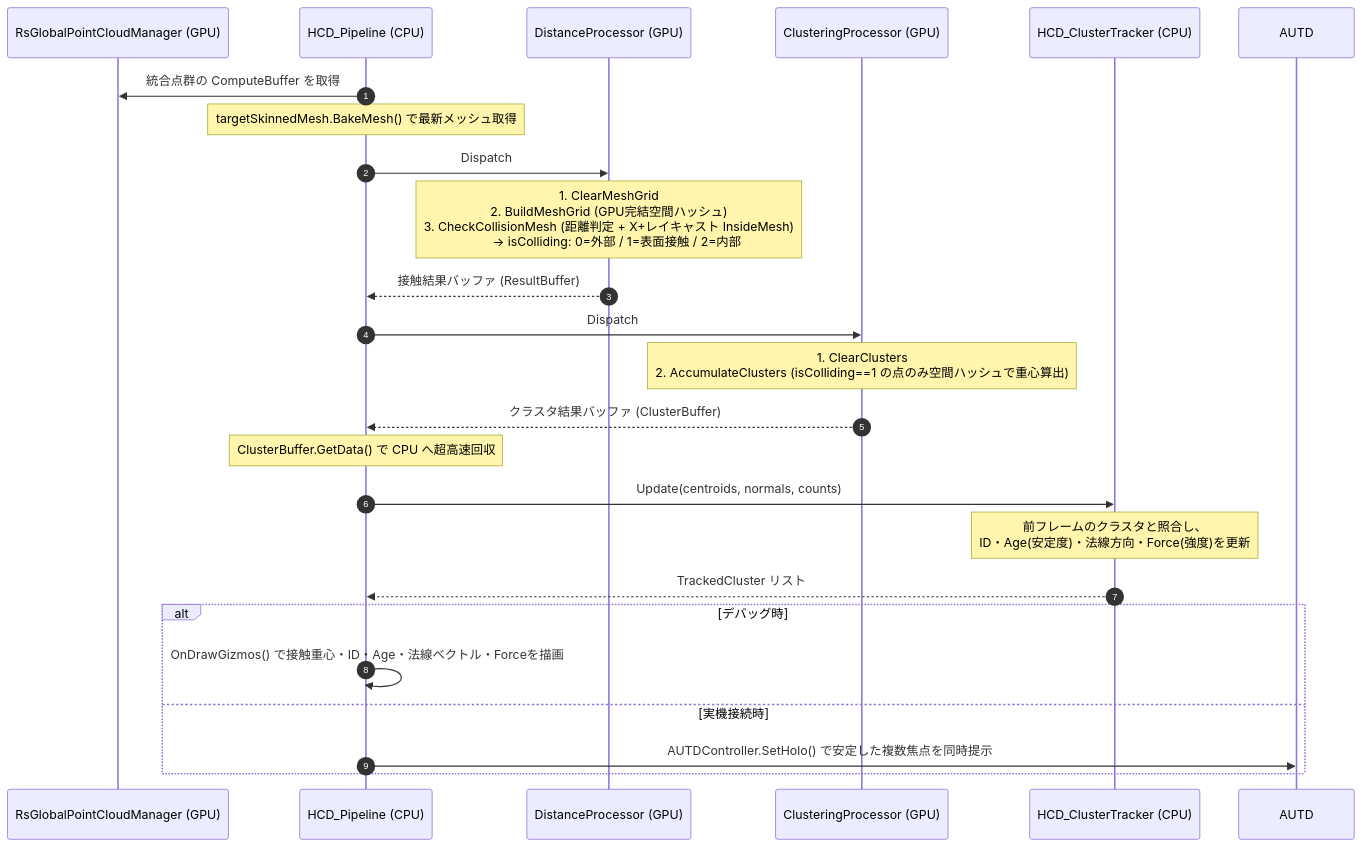
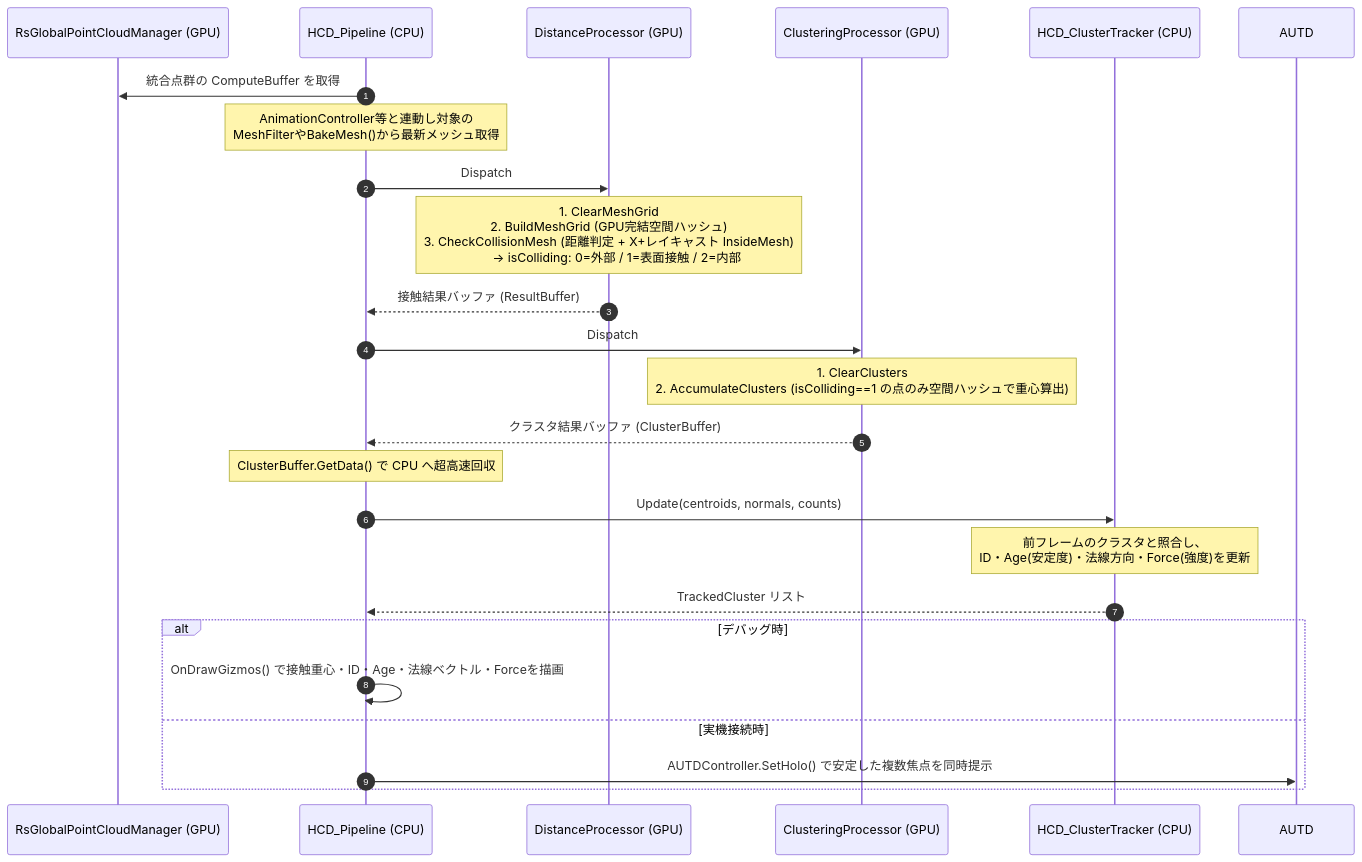
The diagram in Docs/Collision.md (kotetsuOU/HandTrakingDemo), drawn with Mermaid before and after one commit. The commit also changed other lines of this file and 8 other files, not shown here.

````diff
--- a/Docs/Collision.md
+++ b/Docs/Collision.md
@@ -212,31 +212,31 @@
 ```mermaid
 sequenceDiagram
     autonumber
     participant Global as RsGlobalPointCloudManager (GPU)
     participant Pipeline as HCD_Pipeline (CPU)
     participant Dist as DistanceProcessor (GPU)
     participant Clust as ClusteringProcessor (GPU)
     participant Tracker as HCD_ClusterTracker (CPU)
 
     Pipeline->>Global: 統合点群の ComputeBuffer を取得
-    Note over Pipeline: targetSkinnedMesh.BakeMesh() で最新メッシュ取得
+    Note over Pipeline: AnimationController等と連動し対象の<br/>MeshFilterやBakeMesh()から最新メッシュ取得
     
     Pipeline->>Dist: Dispatch
     Note over Dist: 1. ClearMeshGrid<br/>2. BuildMeshGrid (GPU完結空間ハッシュ)<br/>3. CheckCollisionMesh (距離判定 + X+レイキャスト InsideMesh)<br/>　 → isColliding: 0=外部 / 1=表面接触 / 2=内部
     Dist-->>Pipeline: 接触結果バッファ (ResultBuffer)
     
     Pipeline->>Clust: Dispatch
     Note over Clust: 1. ClearClusters<br/>2. AccumulateClusters (isColliding==1 の点のみ空間ハッシュで重心算出)
     Clust-->>Pipeline: クラスタ結果バッファ (ClusterBuffer)
     
     Note over Pipeline: ClusterBuffer.GetData() で CPU へ超高速回収
     Pipeline->>Tracker: Update(centroids, normals, counts)
     Note over Tracker: 前フレームのクラスタと照合し、<br/>ID・Age(安定度)・法線方向・Force(強度)を更新
     Tracker-->>Pipeline: TrackedCluster リスト
 
     alt デバッグ時
         Pipeline->>Pipeline: OnDrawGizmos() で接触重心・ID・Age・法線ベクトル・Forceを描画
     else 実機接続時
         Pipeline->>AUTD: AUTDController.SetHolo() で安定した複数焦点を同時提示
     end
 ```
````
